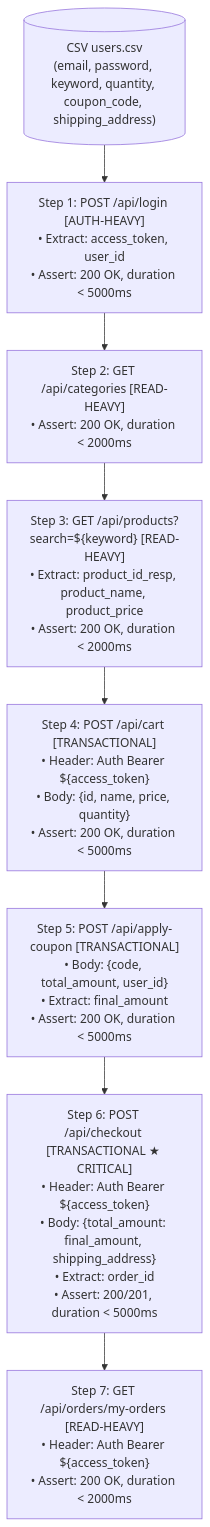
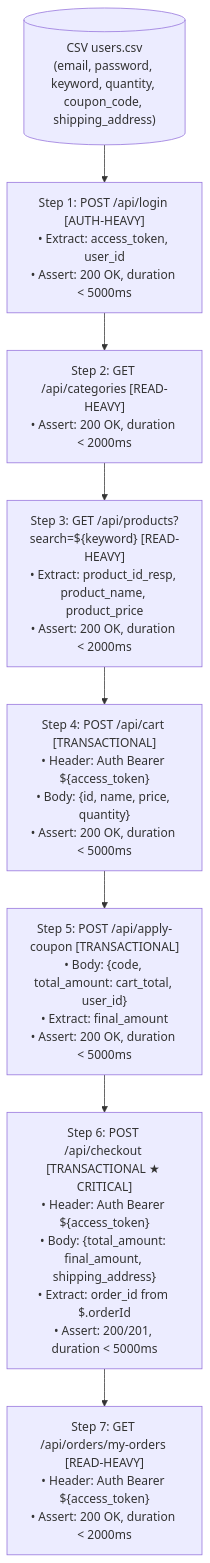
The diagram in submission/tests/1-test-plans/checkout-with-coupon/README.md (yuran1811/hcmus-sw-testing--eshop-sut), drawn with Mermaid before and after one commit. The commit also changed other lines of this file and 4 other files, not shown here.

Commit message:
docs: refine jmx test plans and setup guides for checkout-with-coupon performance testing

````diff
--- a/submission/tests/1-test-plans/checkout-with-coupon/README.md
+++ b/submission/tests/1-test-plans/checkout-with-coupon/README.md
@@ -93,20 +100,20 @@
 ```mermaid
 flowchart TD
     csv[("CSV users.csv\n(email, password, keyword, quantity, coupon_code, shipping_address)")]
 
     step1["Step 1: POST /api/login [AUTH-HEAVY]\n• Extract: access_token, user_id\n• Assert: 200 OK, duration < 5000ms"]
     step2["Step 2: GET /api/categories [READ-HEAVY]\n• Assert: 200 OK, duration < 2000ms"]
     step3["Step 3: GET /api/products?search=${keyword} [READ-HEAVY]\n• Extract: product_id_resp, product_name, product_price\n• Assert: 200 OK, duration < 2000ms"]
     step4["Step 4: POST /api/cart [TRANSACTIONAL]\n• Header: Auth Bearer ${access_token}\n• Body: {id, name, price, quantity}\n• Assert: 200 OK, duration < 5000ms"]
-    step5["Step 5: POST /api/apply-coupon [TRANSACTIONAL]\n• Body: {code, total_amount, user_id}\n• Extract: final_amount\n• Assert: 200 OK, duration < 5000ms"]
-    step6["Step 6: POST /api/checkout [TRANSACTIONAL ★ CRITICAL]\n• Header: Auth Bearer ${access_token}\n• Body: {total_amount: final_amount, shipping_address}\n• Extract: order_id\n• Assert: 200/201, duration < 5000ms"]
+    step5["Step 5: POST /api/apply-coupon [TRANSACTIONAL]\n• Body: {code, total_amount: cart_total, user_id}\n• Extract: final_amount\n• Assert: 200 OK, duration < 5000ms"]
+    step6["Step 6: POST /api/checkout [TRANSACTIONAL ★ CRITICAL]\n• Header: Auth Bearer ${access_token}\n• Body: {total_amount: final_amount, shipping_address}\n• Extract: order_id from $.orderId\n• Assert: 200/201, duration < 5000ms"]
     step7["Step 7: GET /api/orders/my-orders [READ-HEAVY]\n• Header: Auth Bearer ${access_token}\n• Assert: 200 OK, duration < 2000ms"]
 
     csv --> step1
     step1 --> step2
     step2 --> step3
     step3 --> step4
     step4 --> step5
     step5 --> step6
     step6 --> step7
 ```
````
